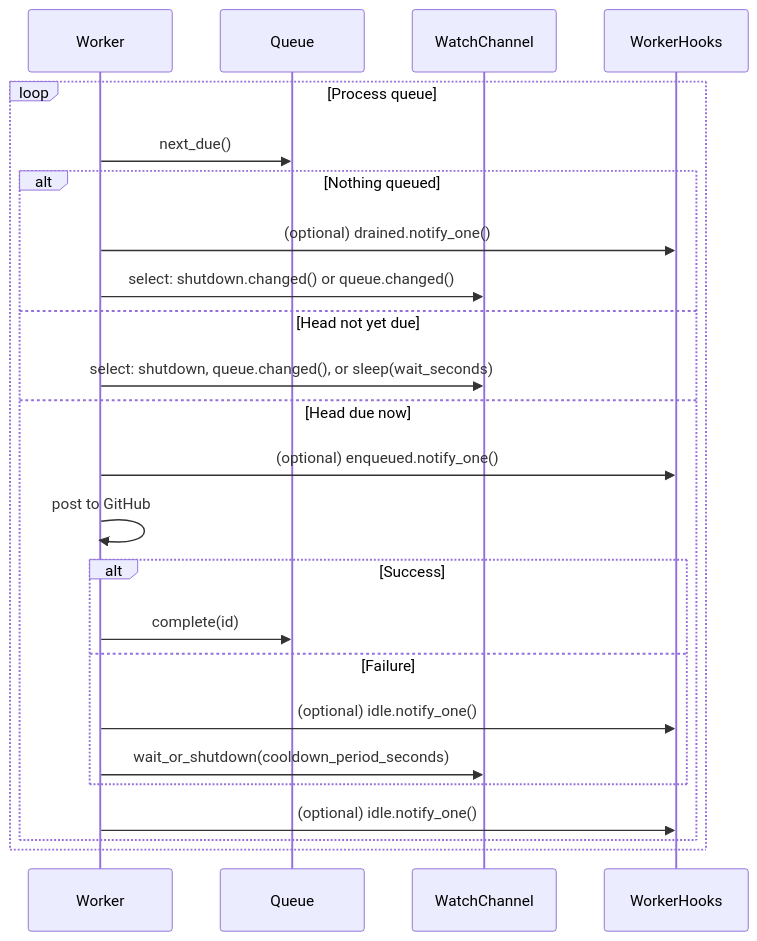
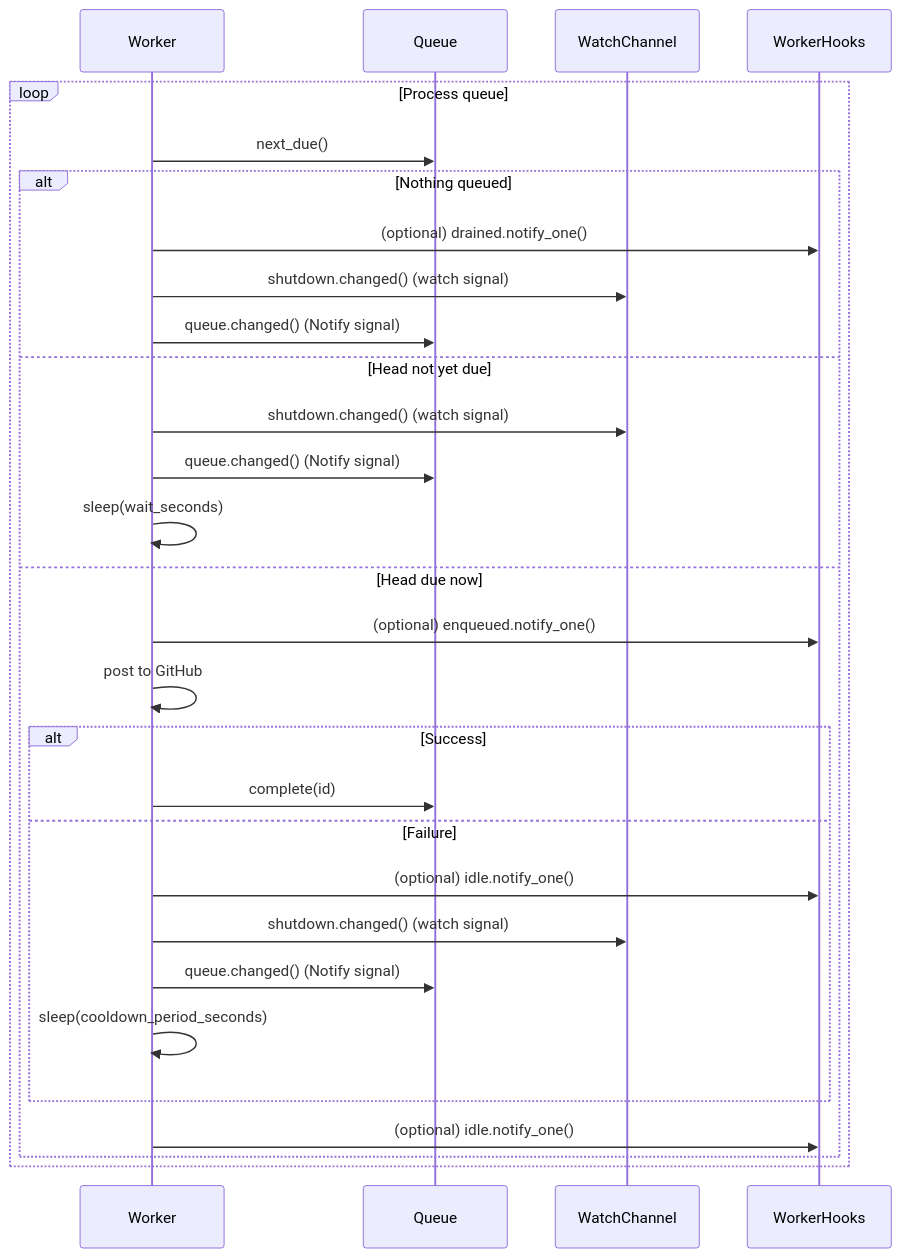
One commit to leynos/comenq changed the third of 3 diagrams in docs/comenq-design.md. Above: the diagram before and after it, drawn with Mermaid. The commit also changed other lines of this file and 7 other files, not shown here.

````diff
--- a/docs/comenq-design.md
+++ b/docs/comenq-design.md
@@ -1115,26 +1121,31 @@
 ```mermaid
 sequenceDiagram
     participant Worker
     participant Queue
     participant WatchChannel
     participant WorkerHooks
     loop Process queue
         Worker->>Queue: next_due()
         alt Nothing queued
             Worker->>WorkerHooks: (optional) drained.notify_one()
-            Worker->>WatchChannel: select: shutdown.changed() or queue.changed()
+            Worker->>WatchChannel: shutdown.changed() (watch signal)
+            Worker->>Queue: queue.changed() (Notify signal)
         else Head not yet due
-            Worker->>WatchChannel: select: shutdown, queue.changed(), or sleep(wait_seconds)
+            Worker->>WatchChannel: shutdown.changed() (watch signal)
+            Worker->>Queue: queue.changed() (Notify signal)
+            Worker->>Worker: sleep(wait_seconds)
         else Head due now
             Worker->>WorkerHooks: (optional) enqueued.notify_one()
             Worker->>Worker: post to GitHub
             alt Success
                 Worker->>Queue: complete(id)
             else Failure
                 Worker->>WorkerHooks: (optional) idle.notify_one()
-                Worker->>WatchChannel: wait_or_shutdown(cooldown_period_seconds)
+                Worker->>WatchChannel: shutdown.changed() (watch signal)
+                Worker->>Queue: queue.changed() (Notify signal)
+                Worker->>Worker: sleep(cooldown_period_seconds)
             end
             Worker->>WorkerHooks: (optional) idle.notify_one()
         end
     end
 ```
````
